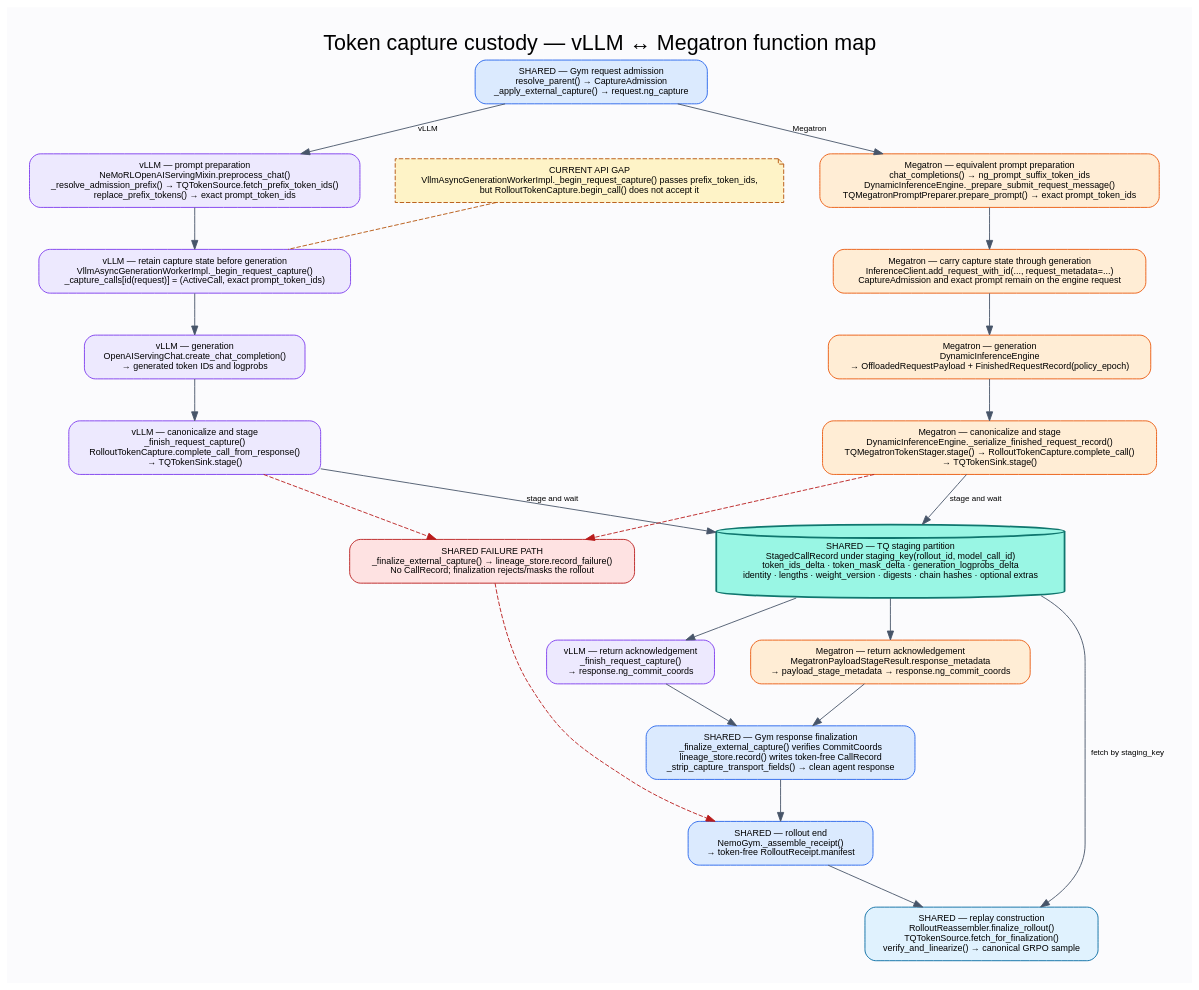
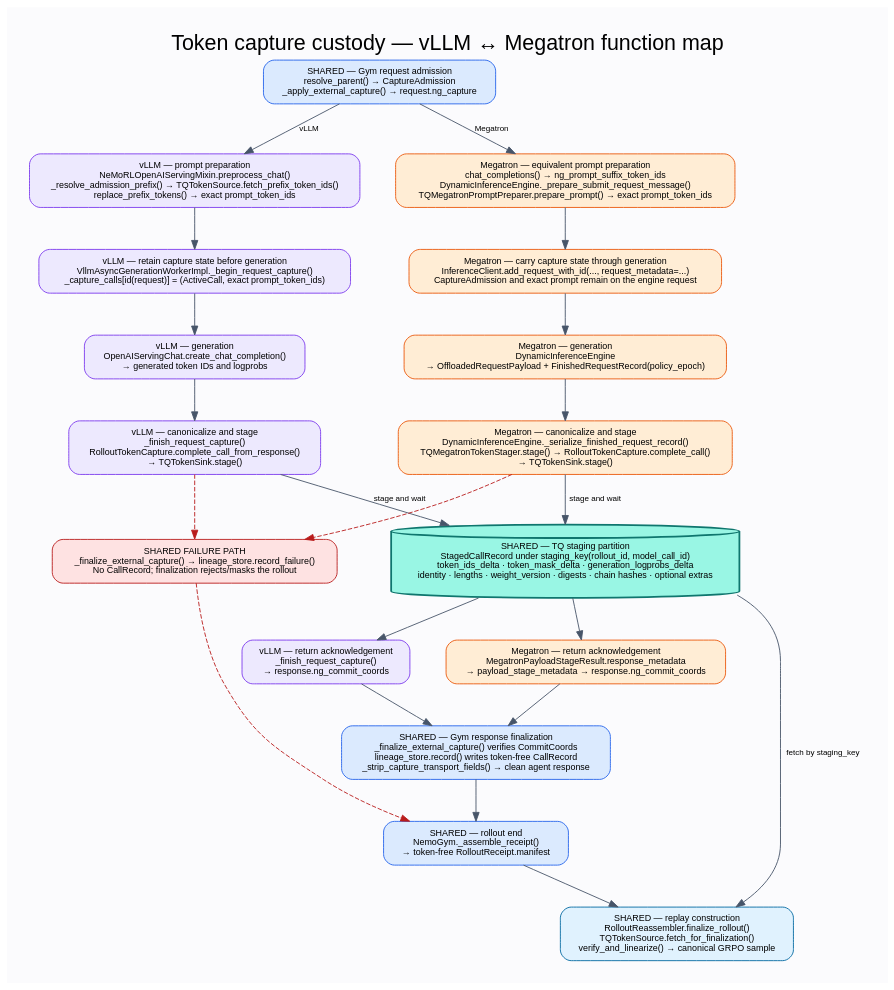
The diagram in docs/assets/token-capture-ledger-queue-data-flow.dot (lauradang/RL), drawn with Graphviz before and after one commit. The commit also changed 3 other files, not shown here.

Commit message:
fix(token-capture): align vllm admission API

```diff
--- a/docs/assets/token-capture-ledger-queue-data-flow.dot
+++ b/docs/assets/token-capture-ledger-queue-data-flow.dot
@@ -1,163 +1,153 @@
 digraph token_capture_flow {
   graph [
     rankdir=TB,
     bgcolor="#fbfbfd",
     pad="0.35",
     nodesep="0.55",
     ranksep="0.62",
     fontname="Helvetica",
     labelloc="t",
     label="Token capture custody — vLLM ↔ Megatron function map",
     fontsize=24
   ];
 
   node [
     shape=box,
     style="rounded,filled",
     fillcolor="white",
     color="#475569",
     fontname="Helvetica",
     fontsize=10,
     margin="0.16,0.11"
   ];
   edge [color="#475569", fontname="Helvetica", fontsize=9];
 
   gym_admit [
     color="#2563eb",
     fillcolor="#dbeafe",
     label="SHARED — Gym request admission\nresolve_parent() → CaptureAdmission\n_apply_external_capture() → request.ng_capture"
   ];
 
   vllm_prepare [
     group="left",
     color="#7c3aed",
     fillcolor="#ede9fe",
     label="vLLM — prompt preparation\nNeMoRLOpenAIServingMixin.preprocess_chat()\n_resolve_admission_prefix() → TQTokenSource.fetch_prefix_token_ids()\nreplace_prefix_tokens() → exact prompt_token_ids"
   ];
   megatron_prepare [
     group="right",
     color="#ea580c",
     fillcolor="#ffedd5",
     label="Megatron — equivalent prompt preparation\nchat_completions() → ng_prompt_suffix_token_ids\nDynamicInferenceEngine._prepare_submit_request_message()\nTQMegatronPromptPreparer.prepare_prompt() → exact prompt_token_ids"
   ];
 
   vllm_admit [
     group="left",
     color="#7c3aed",
     fillcolor="#ede9fe",
     label="vLLM — retain capture state before generation\nVllmAsyncGenerationWorkerImpl._begin_request_capture()\n_capture_calls[id(request)] = (ActiveCall, exact prompt_token_ids)"
   ];
   megatron_admit [
     group="right",
     color="#ea580c",
     fillcolor="#ffedd5",
     label="Megatron — carry capture state through generation\nInferenceClient.add_request_with_id(..., request_metadata=...)\nCaptureAdmission and exact prompt remain on the engine request"
   ];
 
   vllm_generate [
     group="left",
     color="#7c3aed",
     fillcolor="#ede9fe",
     label="vLLM — generation\nOpenAIServingChat.create_chat_completion()\n→ generated token IDs and logprobs"
   ];
   megatron_generate [
     group="right",
     color="#ea580c",
     fillcolor="#ffedd5",
     label="Megatron — generation\nDynamicInferenceEngine\n→ OffloadedRequestPayload + FinishedRequestRecord(policy_epoch)"
   ];
 
   vllm_capture [
     group="left",
     color="#7c3aed",
     fillcolor="#ede9fe",
     label="vLLM — canonicalize and stage\n_finish_request_capture()\nRolloutTokenCapture.complete_call_from_response()\n→ TQTokenSink.stage()"
   ];
   megatron_capture [
     group="right",
     color="#ea580c",
     fillcolor="#ffedd5",
     label="Megatron — canonicalize and stage\nDynamicInferenceEngine._serialize_finished_request_record()\nTQMegatronTokenStager.stage() → RolloutTokenCapture.complete_call()\n→ TQTokenSink.stage()"
   ];
 
   tq_staging [
     shape=cylinder,
     color="#0f766e",
     fillcolor="#99f6e4",
     penwidth=2,
     label="SHARED — TQ staging partition\nStagedCallRecord under staging_key(rollout_id, model_call_id)\ntoken_ids_delta · token_mask_delta · generation_logprobs_delta\nidentity · lengths · weight_version · digests · chain hashes · optional extras"
   ];
 
   vllm_coords [
     group="left",
     color="#7c3aed",
     fillcolor="#ede9fe",
     label="vLLM — return acknowledgement\n_finish_request_capture()\n→ response.ng_commit_coords"
   ];
   megatron_coords [
     group="right",
     color="#ea580c",
     fillcolor="#ffedd5",
     label="Megatron — return acknowledgement\nMegatronPayloadStageResult.response_metadata\n→ payload_stage_metadata → response.ng_commit_coords"
   ];
 
   gym_commit [
     color="#2563eb",
     fillcolor="#dbeafe",
     label="SHARED — Gym response finalization\n_finalize_external_capture() verifies CommitCoords\nlineage_store.record() writes token-free CallRecord\n_strip_capture_transport_fields() → clean agent response"
   ];
 
   capture_failure [
     color="#b91c1c",
     fillcolor="#fee2e2",
     label="SHARED FAILURE PATH\n_finalize_external_capture() → lineage_store.record_failure()\nNo CallRecord; finalization rejects/masks the rollout"
   ];
 
   receipt [
     color="#2563eb",
     fillcolor="#dbeafe",
     label="SHARED — rollout end\nNemoGym._assemble_receipt()\n→ token-free RolloutReceipt.manifest"
   ];
 
   finalizer [
     color="#0369a1",
     fillcolor="#e0f2fe",
     label="SHARED — replay construction\nRolloutReassembler.finalize_rollout()\nTQTokenSource.fetch_for_finalization()\nverify_and_linearize() → canonical GRPO sample"
   ];
 
-  api_gap [
-    shape=note,
-    style="filled,dashed",
-    color="#b45309",
-    fillcolor="#fef3c7",
-    label="CURRENT API GAP\nVllmAsyncGenerationWorkerImpl._begin_request_capture() passes prefix_token_ids,\nbut RolloutTokenCapture.begin_call() does not accept it"
-  ];
-
   gym_admit -> vllm_prepare [label="vLLM"];
   gym_admit -> megatron_prepare [label="Megatron"];
   vllm_prepare -> vllm_admit;
   megatron_prepare -> megatron_admit;
   vllm_admit -> vllm_generate;
   megatron_admit -> megatron_generate;
   vllm_generate -> vllm_capture;
   megatron_generate -> megatron_capture;
   vllm_capture -> tq_staging [label="stage and wait"];
   megatron_capture -> tq_staging [label="stage and wait"];
   tq_staging -> vllm_coords;
   tq_staging -> megatron_coords;
   vllm_coords -> gym_commit;
   megatron_coords -> gym_commit;
   vllm_capture -> capture_failure [style=dashed, color="#b91c1c"];
   megatron_capture -> capture_failure [style=dashed, color="#b91c1c"];
   gym_commit -> receipt;
   capture_failure -> receipt [style=dashed, color="#b91c1c"];
   receipt -> finalizer;
   finalizer -> tq_staging [label="fetch by staging_key", dir=back];
-  api_gap -> vllm_admit [style=dashed, color="#b45309", arrowhead=none];
-
   { rank=same; vllm_prepare; megatron_prepare; }
   { rank=same; vllm_admit; megatron_admit; }
   { rank=same; vllm_generate; megatron_generate; }
   { rank=same; vllm_capture; megatron_capture; }
   { rank=same; vllm_coords; megatron_coords; }
 }
```
